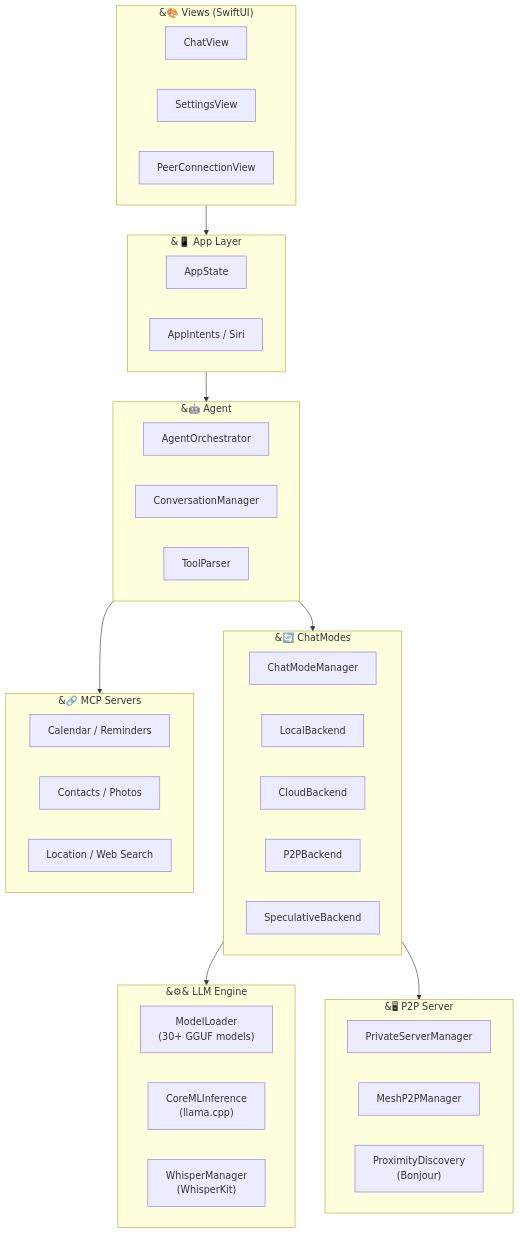
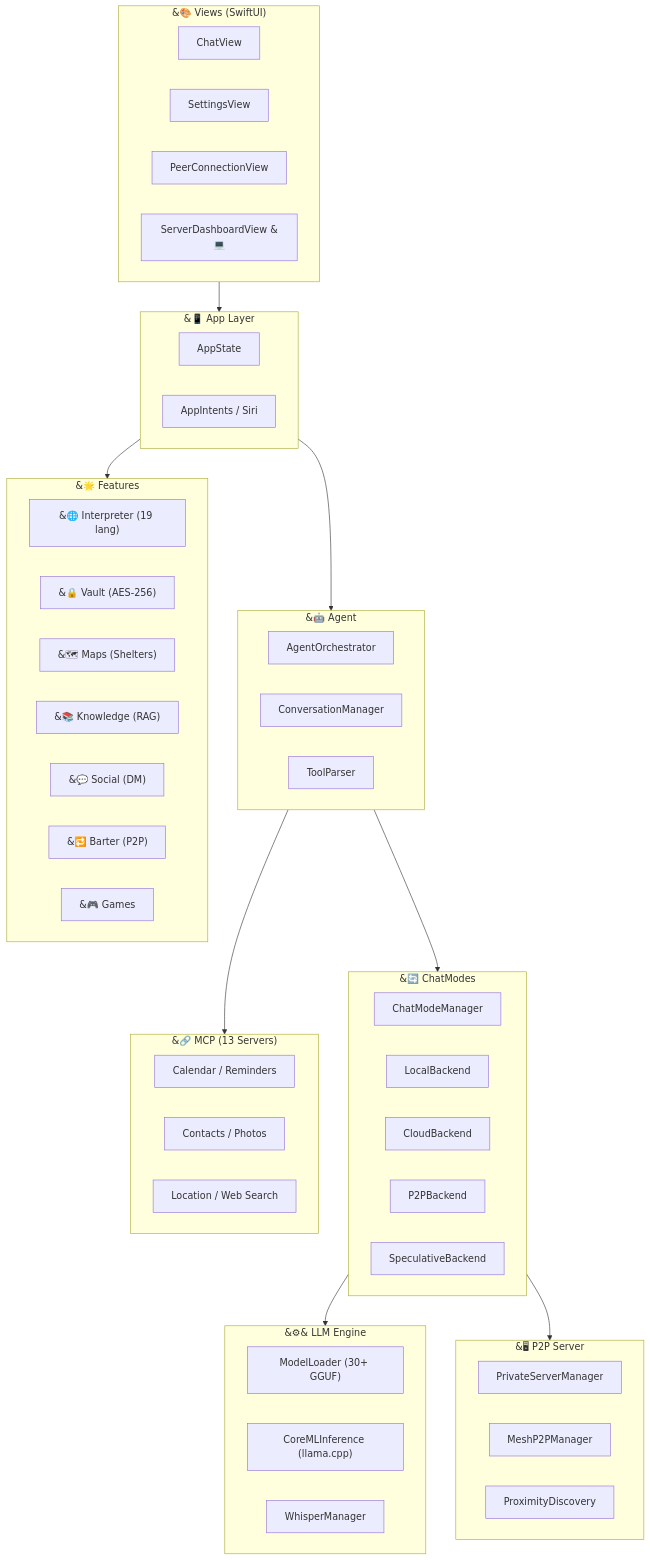
Before and after one commit to yukihamada/elio: the second of 2 diagrams in README.md, drawn with Mermaid. The commit also changed other lines of this file, not shown here.

First line of the commit message:
docs: add Mac download badge and 9 more implemented features to README

````diff
--- a/README.md
+++ b/README.md
@@ -418,50 +596,62 @@
 ```mermaid
 graph TB
     subgraph Views["&#127912; Views (SwiftUI)"]
         V1[ChatView]
         V2[SettingsView]
         V3[PeerConnectionView]
+        V4[ServerDashboardView &#128187;]
     end
 
     subgraph App["&#128241; App Layer"]
         A1[AppState]
         A2[AppIntents / Siri]
     end
 
     subgraph Agent["&#129302; Agent"]
         AG1[AgentOrchestrator]
         AG2[ConversationManager]
         AG3[ToolParser]
     end
 
     subgraph ChatModes["&#128260; ChatModes"]
         CM[ChatModeManager]
         B1[LocalBackend]
         B2[CloudBackend]
         B3[P2PBackend]
         B4[SpeculativeBackend]
     end
 
     subgraph LLM["&#9881;&#65039; LLM Engine"]
-        L1["ModelLoader<br>(30+ GGUF models)"]
-        L2["CoreMLInference<br>(llama.cpp)"]
-        L3["WhisperManager<br>(WhisperKit)"]
+        L1["ModelLoader (30+ GGUF)"]
+        L2["CoreMLInference (llama.cpp)"]
+        L3["WhisperManager"]
     end
 
-    subgraph MCP["&#128279; MCP Servers"]
+    subgraph MCP["&#128279; MCP (13 Servers)"]
         M1["Calendar / Reminders"]
         M2["Contacts / Photos"]
         M3["Location / Web Search"]
     end
 
+    subgraph Features["&#127775; Features"]
+        F1["&#127760; Interpreter (19 lang)"]
+        F2["&#128274; Vault (AES-256)"]
+        F3["&#128506; Maps (Shelters)"]
+        F4["&#128218; Knowledge (RAG)"]
+        F5["&#128172; Social (DM)"]
+        F6["&#128257; Barter (P2P)"]
+        F7["&#127918; Games"]
+    end
+
     subgraph P2P["&#128421; P2P Server"]
         P1[PrivateServerManager]
         P2[MeshP2PManager]
-        P3["ProximityDiscovery<br>(Bonjour)"]
+        P3[ProximityDiscovery]
     end
 
     Views --> App --> Agent --> ChatModes
     ChatModes --> LLM
     Agent --> MCP
     ChatModes --> P2P
+    App --> Features
 ```
````
